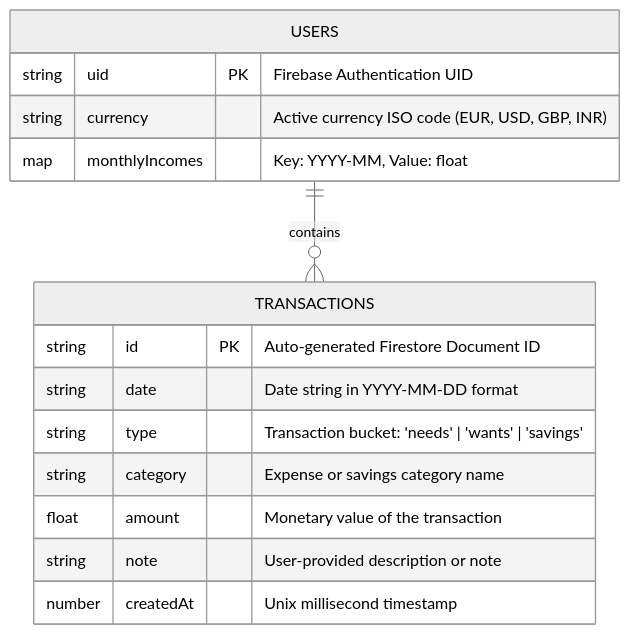
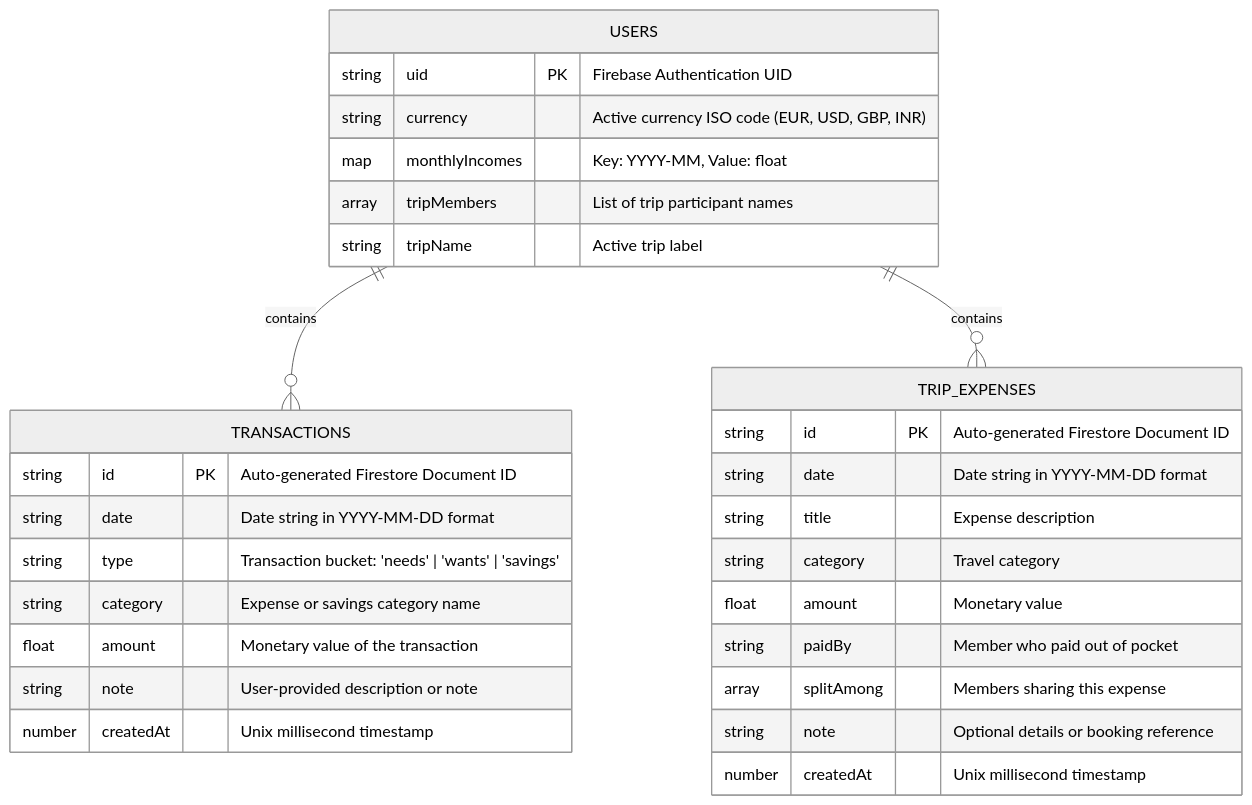
The third of 4 diagrams in GEMINI.md (Giri-FioriDev/Budget-appliction), drawn with Mermaid (neutral theme) before and after one commit. The commit also changed other lines of this file and 1 other file, not shown here.

Commit message:
feat:ure add trip expense splitting documentation and update glassmorphism UI styles

````diff
--- a/GEMINI.md
+++ b/GEMINI.md
@@ -143,20 +146,35 @@
 ```mermaid
 erDiagram
     USERS ||--o{ TRANSACTIONS : contains
+    USERS ||--o{ TRIP_EXPENSES : contains
 
     USERS {
         string uid PK "Firebase Authentication UID"
         string currency "Active currency ISO code (EUR, USD, GBP, INR)"
         map monthlyIncomes "Key: YYYY-MM, Value: float"
+        array tripMembers "List of trip participant names"
+        string tripName "Active trip label"
     }
 
     TRANSACTIONS {
         string id PK "Auto-generated Firestore Document ID"
         string date "Date string in YYYY-MM-DD format"
         string type "Transaction bucket: 'needs' | 'wants' | 'savings'"
         string category "Expense or savings category name"
         float amount "Monetary value of the transaction"
         string note "User-provided description or note"
         number createdAt "Unix millisecond timestamp"
     }
+
+    TRIP_EXPENSES {
+        string id PK "Auto-generated Firestore Document ID"
+        string date "Date string in YYYY-MM-DD format"
+        string title "Expense description"
+        string category "Travel category"
+        float amount "Monetary value"
+        string paidBy "Member who paid out of pocket"
+        array splitAmong "Members sharing this expense"
+        string note "Optional details or booking reference"
+        number createdAt "Unix millisecond timestamp"
+    }
 ```
````
